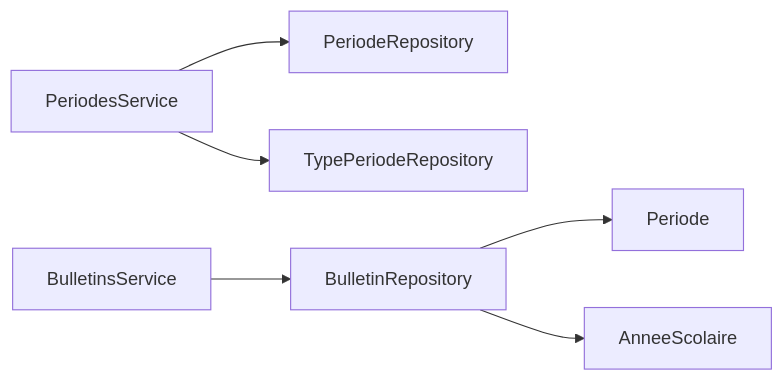
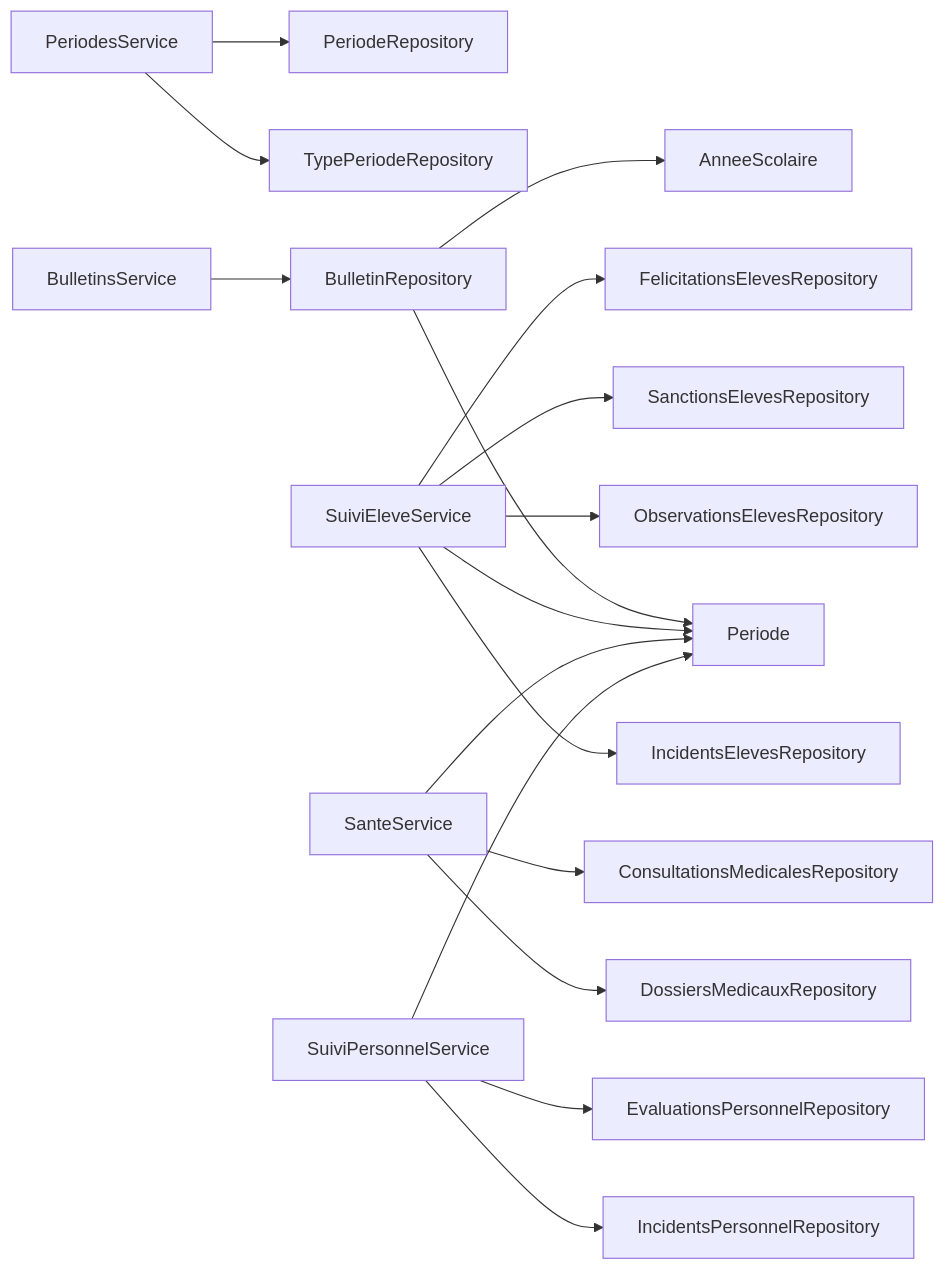
Before and after one commit to franckylab/eLISAschool: the sixth of 6 diagrams in .qoder/repowiki/en/content/Modules & Features/Academic Modules/Academic Periods & Scheduling.md, drawn with Mermaid. The commit also changed other lines of this file and 433 other files, not shown here.

````diff
--- a/.qoder/repowiki/en/content/Modules & Features/Academic Modules/Academic Periods & Scheduling.md
+++ b/.qoder/repowiki/en/content/Modules & Features/Academic Modules/Academic Periods & Scheduling.md
@@ -308,8 +545,19 @@
 ```mermaid
 graph LR
 PS["PeriodesService"] --> PR["PeriodeRepository"]
 PS --> TR["TypePeriodeRepository"]
 BS["BulletinsService"] --> BR["BulletinRepository"]
 BR --> P["Periode"]
 BR --> AS["AnneeScolaire"]
+SES["SuiviEleveService"] --> IE["IncidentsElevesRepository"]
+SES --> OE["ObservationsElevesRepository"]
+SES --> SE["SanctionsElevesRepository"]
+SES --> FE["FelicitationsElevesRepository"]
+SES --> P
+SS["SanteService"] --> DM["DossiersMedicauxRepository"]
+SS --> CM["ConsultationsMedicalesRepository"]
+SS --> P
+SPS["SuiviPersonnelService"] --> IP["IncidentsPersonnelRepository"]
+SPS --> EP["EvaluationsPersonnelRepository"]
+SPS --> P
 ```
````
